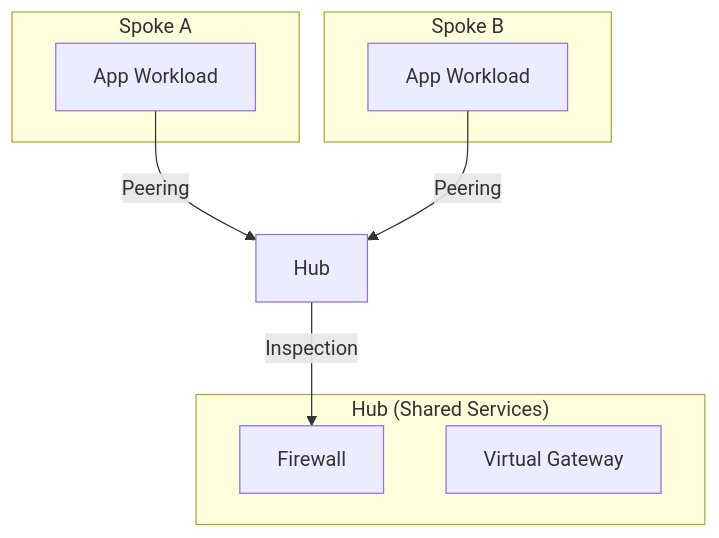
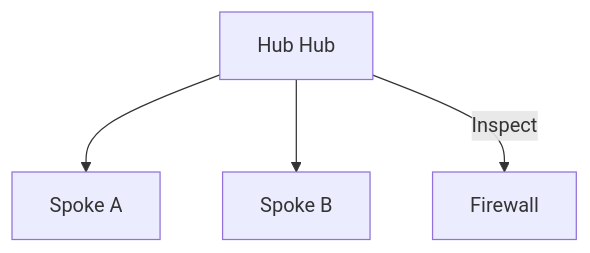
One commit to Devopstrio/hybrid-landingzone changed the fifth of 30 diagrams in README.md. Above: the diagram before and after it, drawn with Mermaid. The commit also changed other lines of this file, not shown here.

Commit message:
docs: expand README with 30+ architectural diagrams

````diff
--- a/README.md
+++ b/README.md
@@ -149,16 +68,6 @@
 ```mermaid
 graph TD
-    subgraph "Hub (Shared Services)"
-        FW[Firewall]
-        GW[Virtual Gateway]
-    end
-    subgraph "Spoke A"
-        AppA[App Workload]
-    end
-    subgraph "Spoke B"
-        AppB[App Workload]
-    end
-    AppA -- "Peering" --> Hub
-    AppB -- "Peering" --> Hub
-    Hub -- "Inspection" --> FW
+    Hub[Hub Hub] --> S1[Spoke A]
+    Hub --> S2[Spoke B]
+    Hub -- Inspect --> FW[Firewall]
 ```
````
